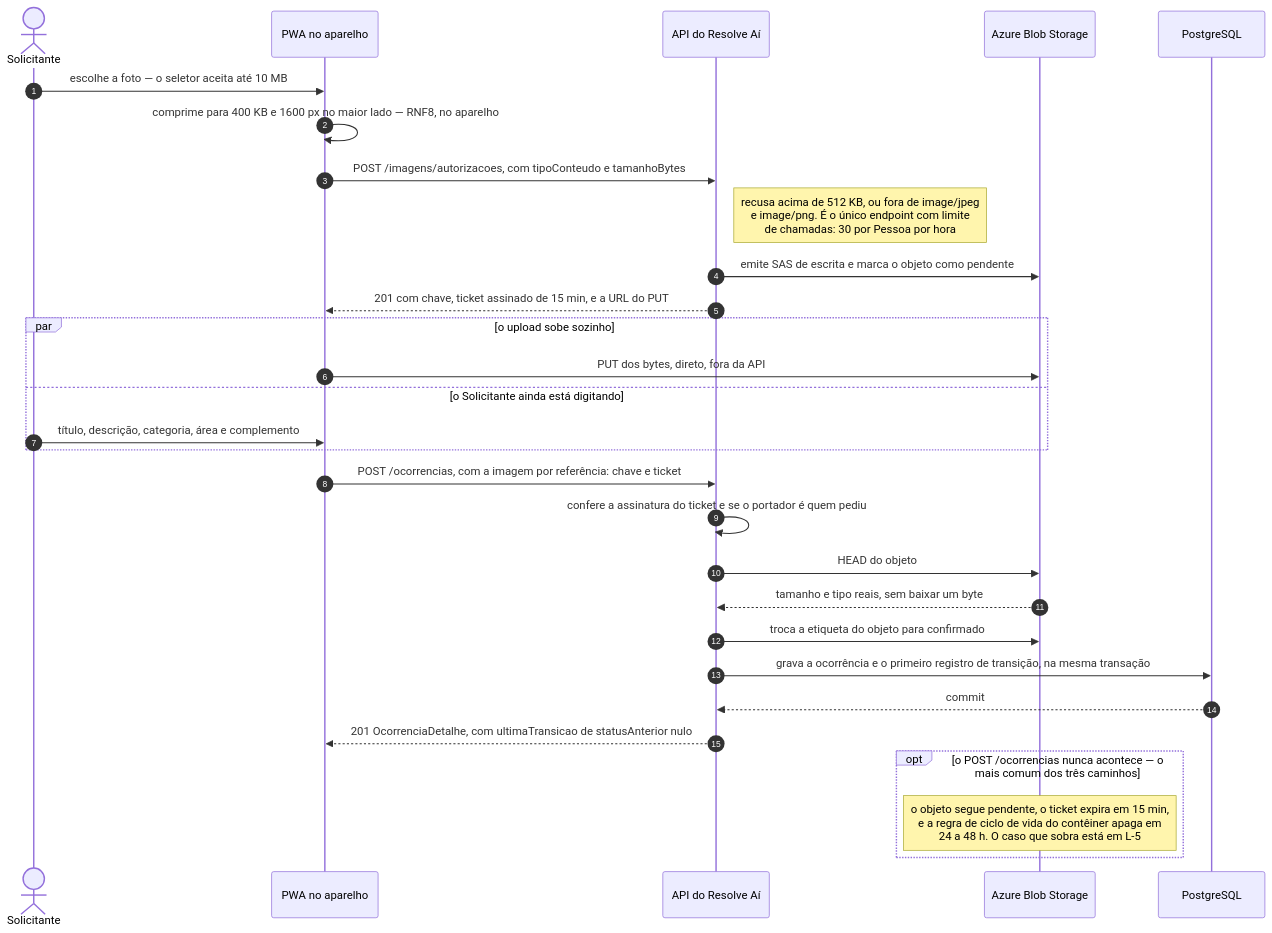
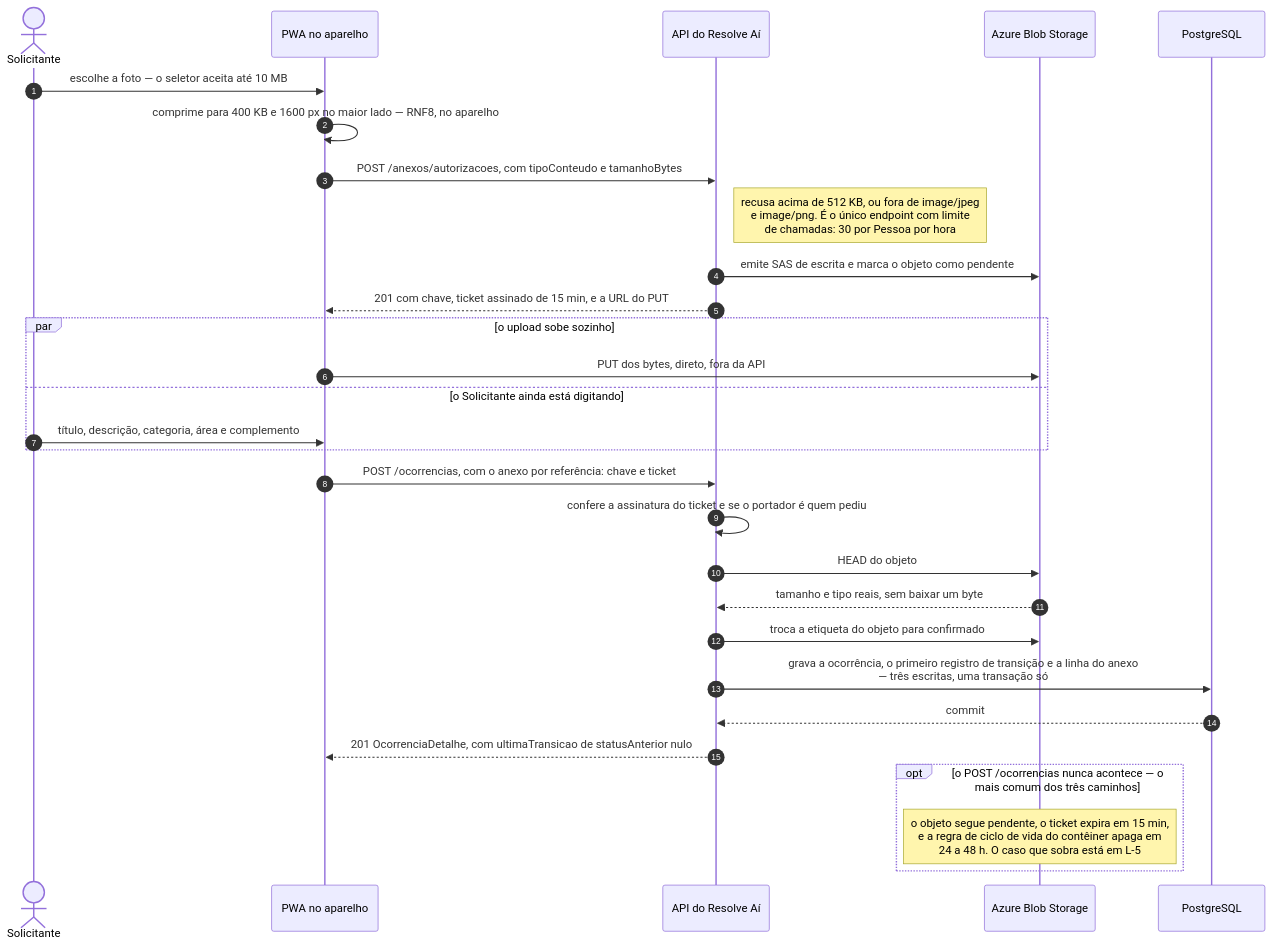
One commit to natanjunior/8FSDT-Hackathon changed the fourth of 4 diagrams in docs/fluxos-e-diagramas.md. Above: the diagram before and after it, drawn with Mermaid. The commit also changed other lines of this file and 3 other files, not shown here.

First line of the commit message:
docs: Anexo vira termo, e o que a rodada de anexos deixou mentindo

````diff
--- a/docs/fluxos-e-diagramas.md
+++ b/docs/fluxos-e-diagramas.md
@@ -317,35 +317,35 @@
 ```mermaid
 sequenceDiagram
     autonumber
     actor SOL as Solicitante
     participant PWA as PWA no aparelho
     participant API as API do Resolve Aí
     participant BLOB as Azure Blob Storage
     participant BD as PostgreSQL
 
     SOL->>PWA: escolhe a foto — o seletor aceita até 10 MB
     PWA->>PWA: comprime para 400 KB e 1600 px no maior lado — RNF8, no aparelho
-    PWA->>API: POST /imagens/autorizacoes, com tipoConteudo e tamanhoBytes
+    PWA->>API: POST /anexos/autorizacoes, com tipoConteudo e tamanhoBytes
     Note right of API: recusa acima de 512 KB, ou fora de image/jpeg<br/>e image/png. É o único endpoint com limite<br/>de chamadas: 30 por Pessoa por hora
     API->>BLOB: emite SAS de escrita e marca o objeto como pendente
     API-->>PWA: 201 com chave, ticket assinado de 15 min, e a URL do PUT
 
     par o upload sobe sozinho
         PWA->>BLOB: PUT dos bytes, direto, fora da API
     and o Solicitante ainda está digitando
         SOL->>PWA: título, descrição, categoria, área e complemento
     end
 
-    PWA->>API: POST /ocorrencias, com a imagem por referência: chave e ticket
+    PWA->>API: POST /ocorrencias, com o anexo por referência: chave e ticket
     API->>API: confere a assinatura do ticket e se o portador é quem pediu
     API->>BLOB: HEAD do objeto
     BLOB-->>API: tamanho e tipo reais, sem baixar um byte
     API->>BLOB: troca a etiqueta do objeto para confirmado
-    API->>BD: grava a ocorrência e o primeiro registro de transição, na mesma transação
+    API->>BD: grava a ocorrência, o primeiro registro de transição e a linha do anexo<br/>— três escritas, uma transação só
     BD-->>API: commit
     API-->>PWA: 201 OcorrenciaDetalhe, com ultimaTransicao de statusAnterior nulo
 
     opt o POST /ocorrencias nunca acontece — o mais comum dos três caminhos
         Note over BLOB: o objeto segue pendente, o ticket expira em 15 min,<br/>e a regra de ciclo de vida do contêiner apaga em<br/>24 a 48 h. O caso que sobra está em L-5
     end
 ```
````
